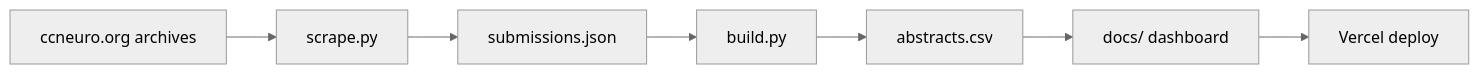
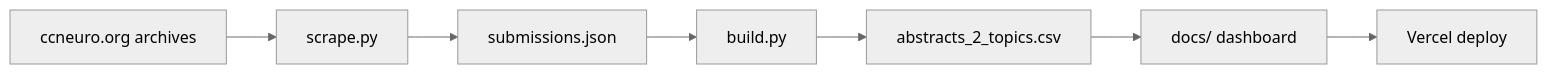
Before and after one commit to kahinimehta/CCNVisualizer: the diagram in docs/GUIDE.md, drawn with Mermaid (neutral theme). The commit also changed other lines of this file and 9 other files, not shown here.

````diff
--- a/docs/GUIDE.md
+++ b/docs/GUIDE.md
@@ -7,9 +7,9 @@
 ```mermaid
 flowchart LR
   A[ccneuro.org archives] --> B[scrape.py]
   B --> C[submissions.json]
   C --> D[build.py]
-  D --> E[abstracts.csv]
+  D --> E[abstracts_2_topics.csv]
   E --> F[docs/ dashboard]
   F --> G[Vercel deploy]
 ```
````
